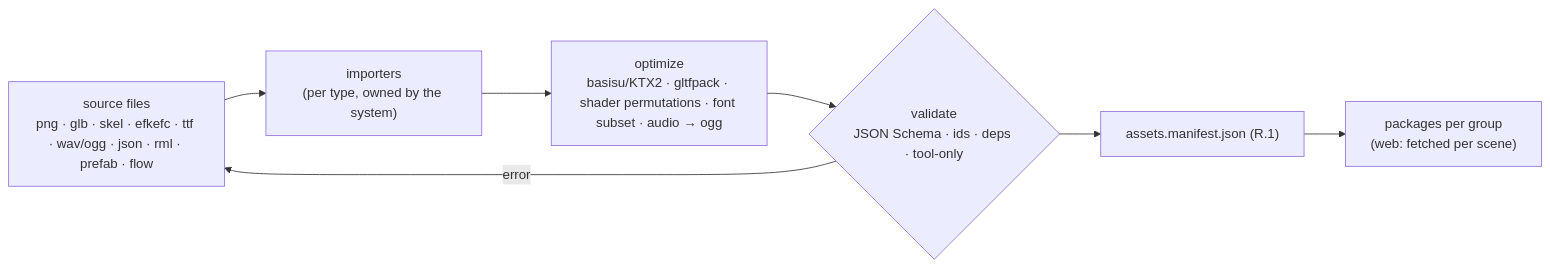
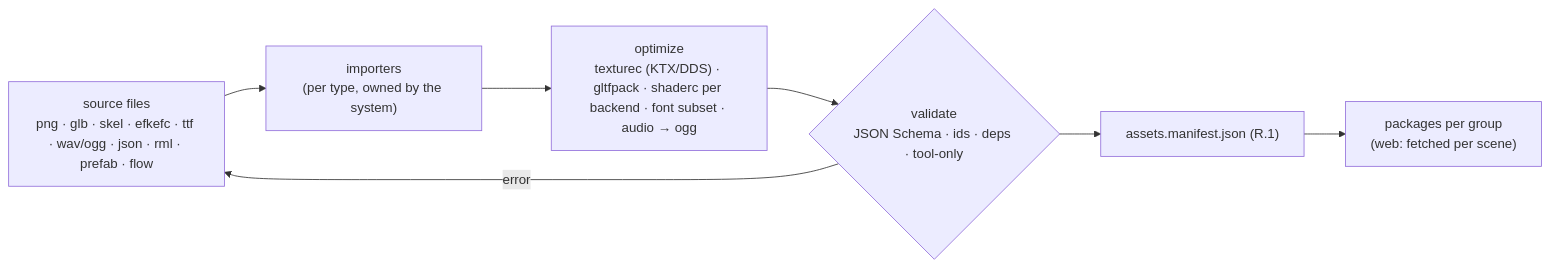
One commit to WSLHermesAI/TOMS changed the diagram in docs/EngineBlueprint/04_TOOLS_AND_EDITORS.md. Above: the diagram before and after it, drawn with Mermaid. The commit also changed other lines of this file and 52 other files, not shown here.

````diff
--- a/docs/EngineBlueprint/04_TOOLS_AND_EDITORS.md
+++ b/docs/EngineBlueprint/04_TOOLS_AND_EDITORS.md
@@ -37,9 +39,9 @@
 ```mermaid
 flowchart LR
     SRC["source files<br/>png · glb · skel · efkefc · ttf · wav/ogg · json · rml · prefab · flow"] --> IMP["importers<br/>(per type, owned by the system)"]
-    IMP --> OPT["optimize<br/>basisu/KTX2 · gltfpack · shader permutations · font subset · audio → ogg"]
+    IMP --> OPT["optimize<br/>texturec (KTX/DDS) · gltfpack · shaderc per backend · font subset · audio → ogg"]
     OPT --> VAL{"validate<br/>JSON Schema · ids · deps · tool-only"}
     VAL -- error --> SRC
     VAL --> MAN["assets.manifest.json (R.1)"]
     MAN --> PKG["packages per group<br/>(web: fetched per scene)"]
 ```
````
